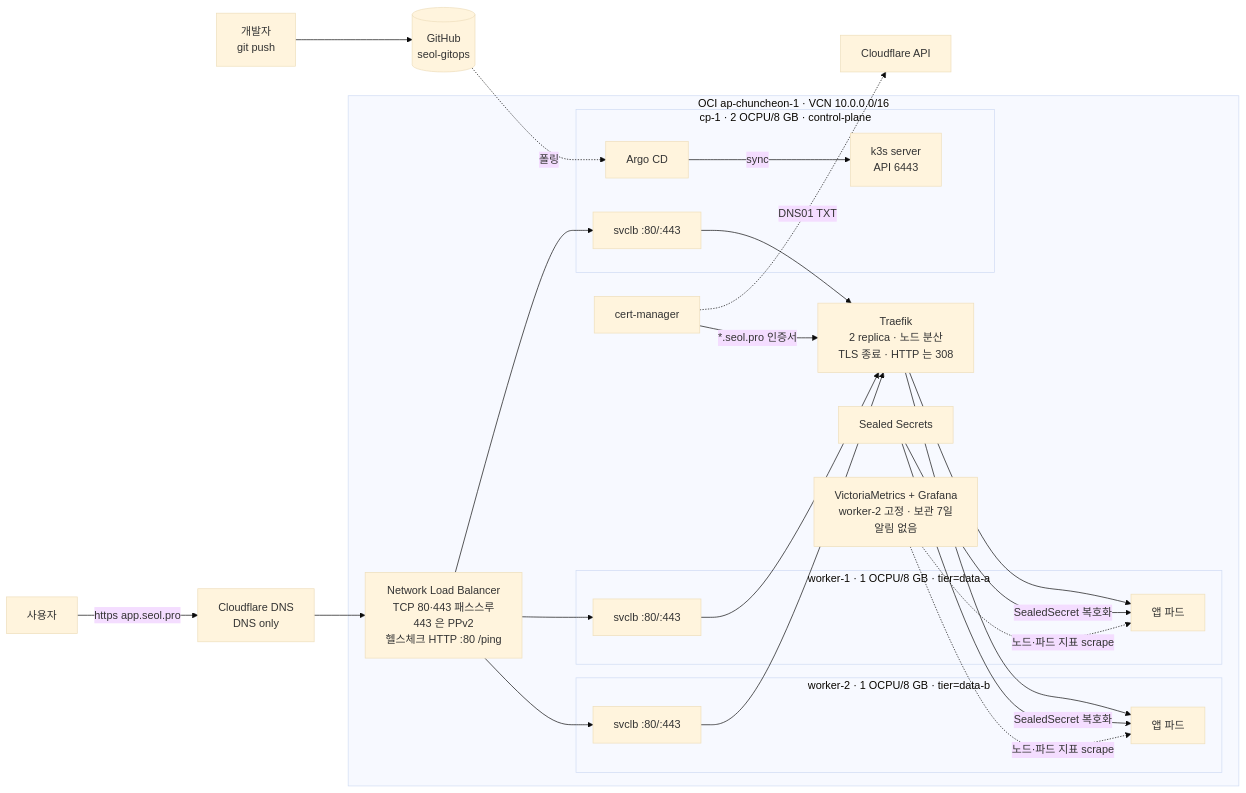
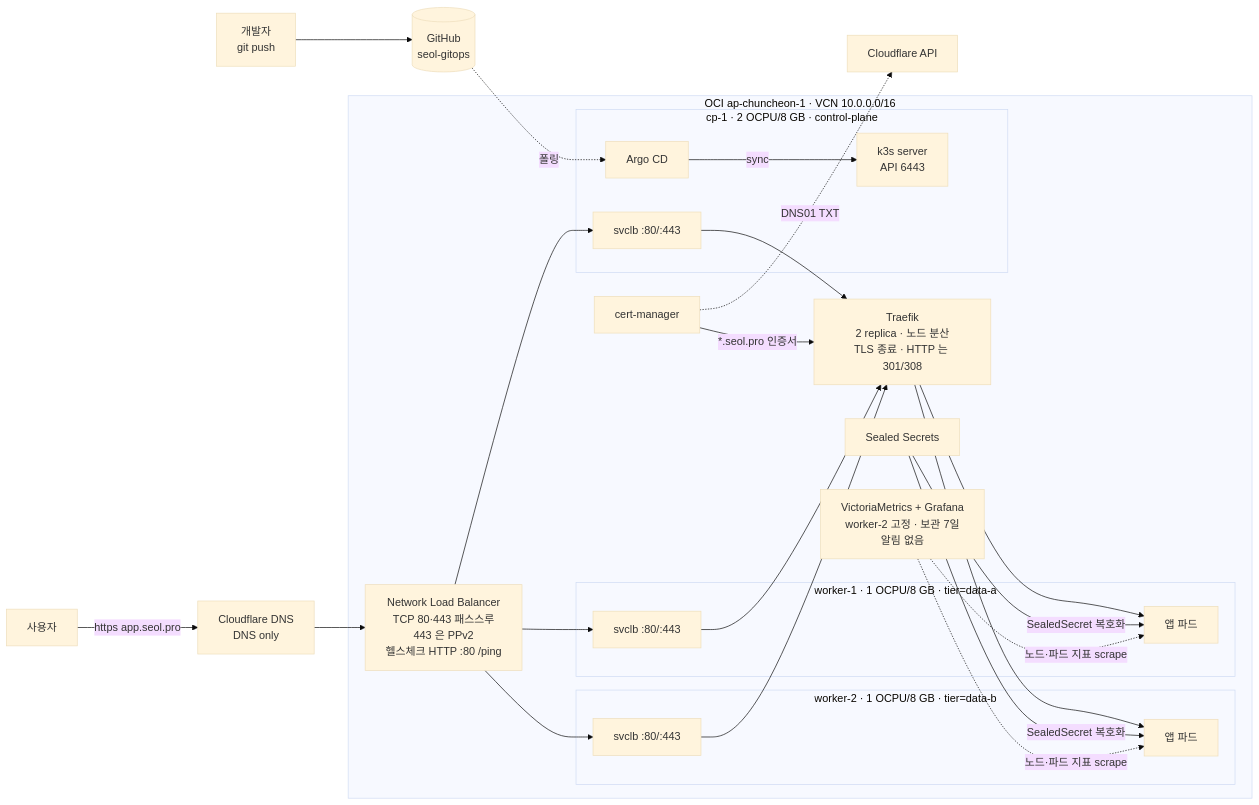
The diagram in README.md (Seol-JY/seol-gitops), drawn with Mermaid (base theme) before and after one commit. The commit also changed other lines of this file and 2 other files, not shown here.

Commit message:
docs: HTTP→HTTPS 리다이렉트 응답 코드를 실측값으로 정정
전량 308 로 적혀 있었으나 실제로는 GET 이 301, 그 외 메서드가 308 이다.
확인 명령이 curl -sI(HEAD)만 써서 드러나지 않았으므로 GET 케이스를 추가한다.

````diff
--- a/README.md
+++ b/README.md
@@ -7,35 +7,35 @@
 ```mermaid
 flowchart LR
   dev[개발자<br/>git push] --> gh[(GitHub<br/>seol-gitops)]
   gh -.폴링.-> argocd
 
   subgraph oci[OCI ap-chuncheon-1 · VCN 10.0.0.0/16]
     nlb[Network Load Balancer<br/>TCP 80·443 패스스루<br/>443 은 PPv2<br/>헬스체크 HTTP :80 /ping]
     subgraph cp[cp-1 · 2 OCPU/8 GB · control-plane]
       api[k3s server<br/>API 6443]
       argocd[Argo CD]
       svclb1[svclb :80/:443]
     end
     subgraph w1[worker-1 · 1 OCPU/8 GB · tier=data-a]
       svclb2[svclb :80/:443]
       apps1[앱 파드]
     end
     subgraph w2[worker-2 · 1 OCPU/8 GB · tier=data-b]
       svclb3[svclb :80/:443]
       apps2[앱 파드]
     end
-    traefik[Traefik<br/>2 replica · 노드 분산<br/>TLS 종료 · HTTP 는 308]
+    traefik[Traefik<br/>2 replica · 노드 분산<br/>TLS 종료 · HTTP 는 301/308]
     cm[cert-manager]
     ss[Sealed Secrets]
     vm[VictoriaMetrics + Grafana<br/>worker-2 고정 · 보관 7일<br/>알림 없음]
   end
 
   argocd -->|sync| api
   user[사용자] -->|https app.seol.pro| cf[Cloudflare DNS<br/>DNS only]
   cf --> nlb
   nlb --> svclb1 & svclb2 & svclb3 --> traefik --> apps1 & apps2
   cm -.DNS01 TXT.-> cfapi[Cloudflare API]
   cm -->|*.seol.pro 인증서| traefik
   ss -->|SealedSecret 복호화| apps1 & apps2
   vm -. 노드·파드 지표 scrape .-> apps1 & apps2
 ```
````
